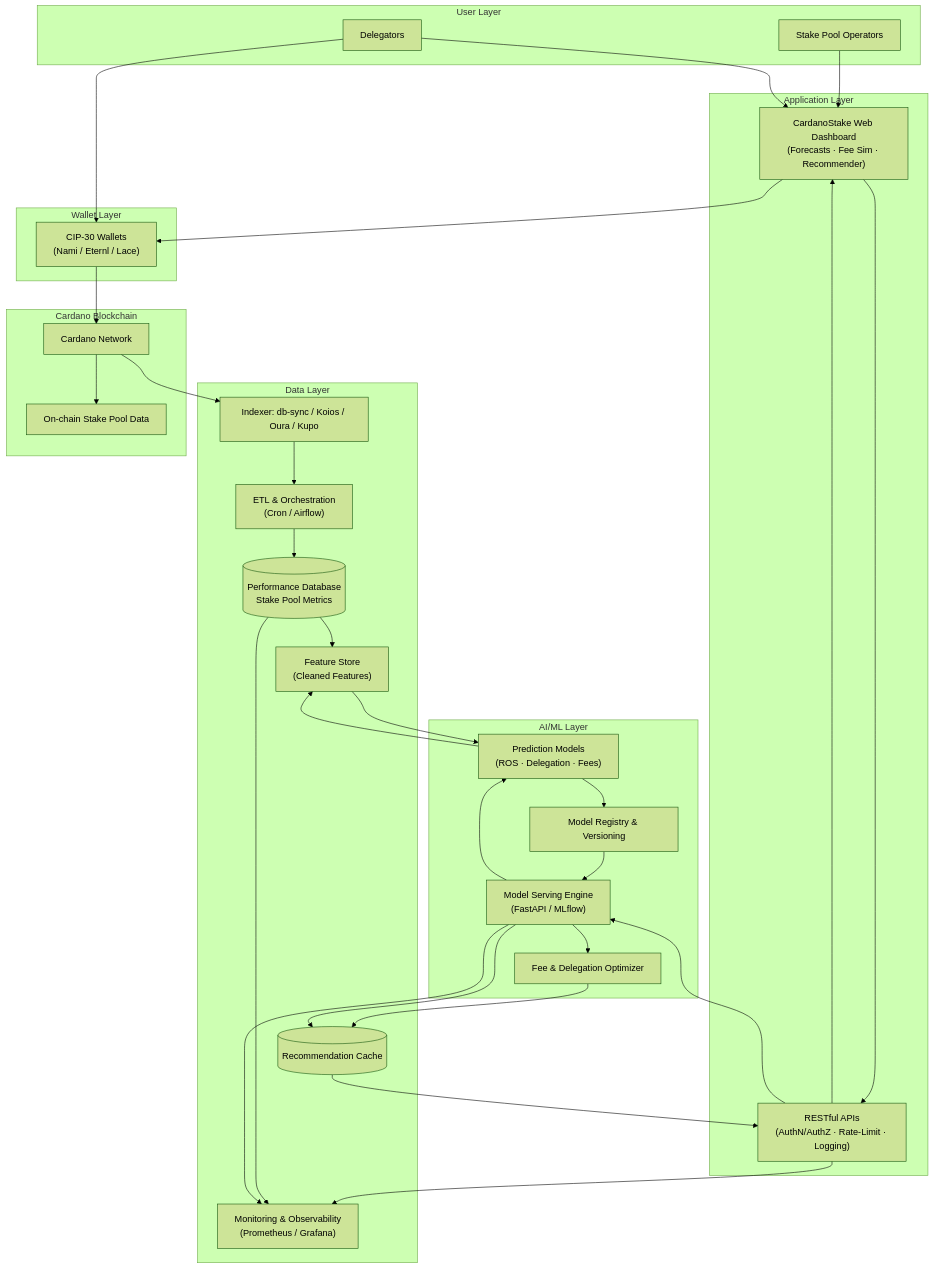
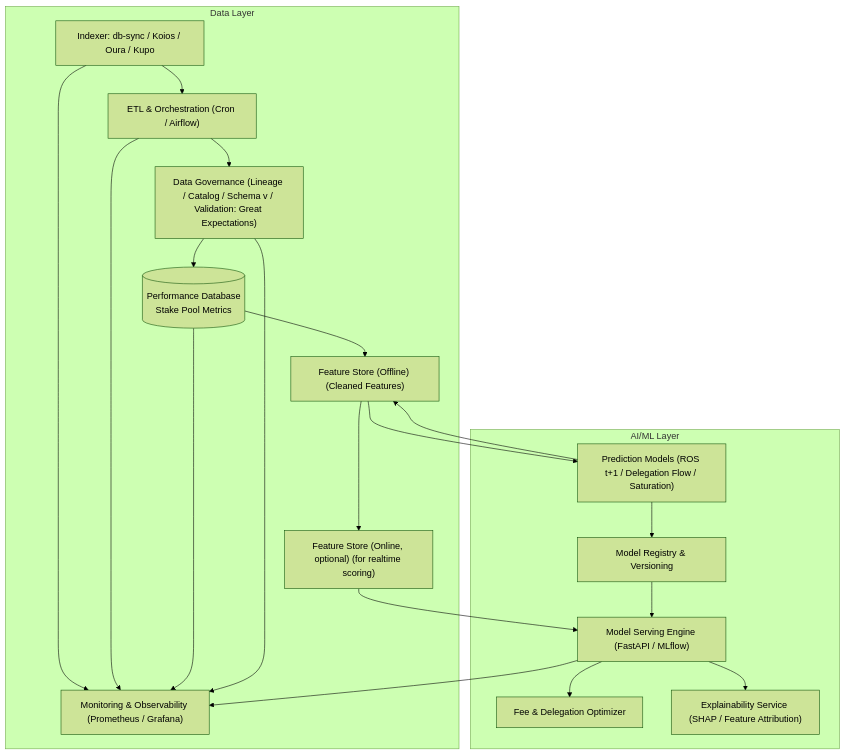
The second of 3 diagrams in README.md (dmt041104111003/AI-pool-14-FUND), drawn with Mermaid (forest theme) before and after one commit. The commit also changed other lines of this file, not shown here.

````diff
--- a/README.md
+++ b/README.md
@@ -1,75 +39,42 @@
 ```mermaid
 graph TB
-    subgraph "User Layer"
-        SPO[Stake Pool Operators]
-        DEL[Delegators]
-    end
-
-    subgraph "Wallet Layer"
-        WAL["CIP-30 Wallets\n(Nami / Eternl / Lace)"]
-    end
-
-    subgraph "Application Layer"
-        WEB["CardanoStake Web Dashboard\n(Forecasts · Fee Sim · Recommender)"]
-        API["RESTful APIs\n(AuthN/AuthZ · Rate-Limit · Logging)"]
+    subgraph "Data Layer"
+        IDX["Indexer: db-sync / Koios / Oura / Kupo"]
+        ETL["ETL & Orchestration (Cron / Airflow)"]
+        DGOV["Data Governance (Lineage / Catalog / Schema v / Validation: Great Expectations)"]
+        DB[("Performance Database\nStake Pool Metrics")]
+        FEAT_OFF["Feature Store (Offline) (Cleaned Features)"]
+        FEAT_ON["Feature Store (Online, optional) (for realtime scoring)"]
+        MON["Monitoring & Observability (Prometheus / Grafana)"]
     end
 
     subgraph "AI/ML Layer"
         REG["Model Registry & Versioning"]
-        ML["Prediction Models\n(ROS · Delegation · Fees)"]
+        ML["Prediction Models (ROS t+1 / Delegation Flow / Saturation)"]
         PRED["Fee & Delegation Optimizer"]
-        SERVE["Model Serving Engine\n(FastAPI / MLflow)"]
+        XPL["Explainability Service (SHAP / Feature Attribution)"]
+        SERVE["Model Serving Engine (FastAPI / MLflow)"]
     end
 
-    subgraph "Data Layer"
-        IDX["Indexer: db-sync / Koios / Oura / Kupo"]
-        ETL["ETL & Orchestration\n(Cron / Airflow)"]
-        DB[("Performance Database\nStake Pool Metrics")]
-        FEAT["Feature Store\n(Cleaned Features)"]
-        CACHE[("Recommendation Cache")]
-        MON["Monitoring & Observability\n(Prometheus / Grafana)"]
-    end
-
-    subgraph "Cardano Blockchain"
-        CARD[Cardano Network]
-        POOLS[On-chain Stake Pool Data]
-    end
-
-    %% User connections
-    SPO --> WEB
-    DEL --> WEB
-    WEB --> WAL
-    DEL --> WAL
-
-    %% Application flow
-    WEB --> API
-    API --> WEB
-
-    %% AI/ML connections
-    API --> SERVE
-    SERVE --> ML
+    %% Connections
+    IDX --> ETL
+    ETL --> DGOV
+    DGOV --> DB
+    DB --> FEAT_OFF
+    FEAT_OFF --> ML
+    ML --> FEAT_OFF
+    FEAT_OFF --> FEAT_ON
+    FEAT_ON --> SERVE
     ML --> REG
+    REG --> SERVE
     SERVE --> PRED
-    PRED --> CACHE
-    REG --> SERVE
-
-    %% Data connections
-    CARD --> IDX
-    IDX --> ETL
-    ETL --> DB
-    DB --> FEAT
-    FEAT --> ML
-    ML --> FEAT
-    SERVE --> CACHE
-    CACHE --> API
-
-    %% Blockchain connections (via wallet)
-    WAL --> CARD
-    CARD --> POOLS
-
-    %% Monitoring hooks
-    API --> MON
+    SERVE --> XPL
+    %% Monitoring
+    IDX --> MON
+    ETL --> MON
     DB --> MON
     SERVE --> MON
+    DGOV --> MON
+
 
 ```
````
